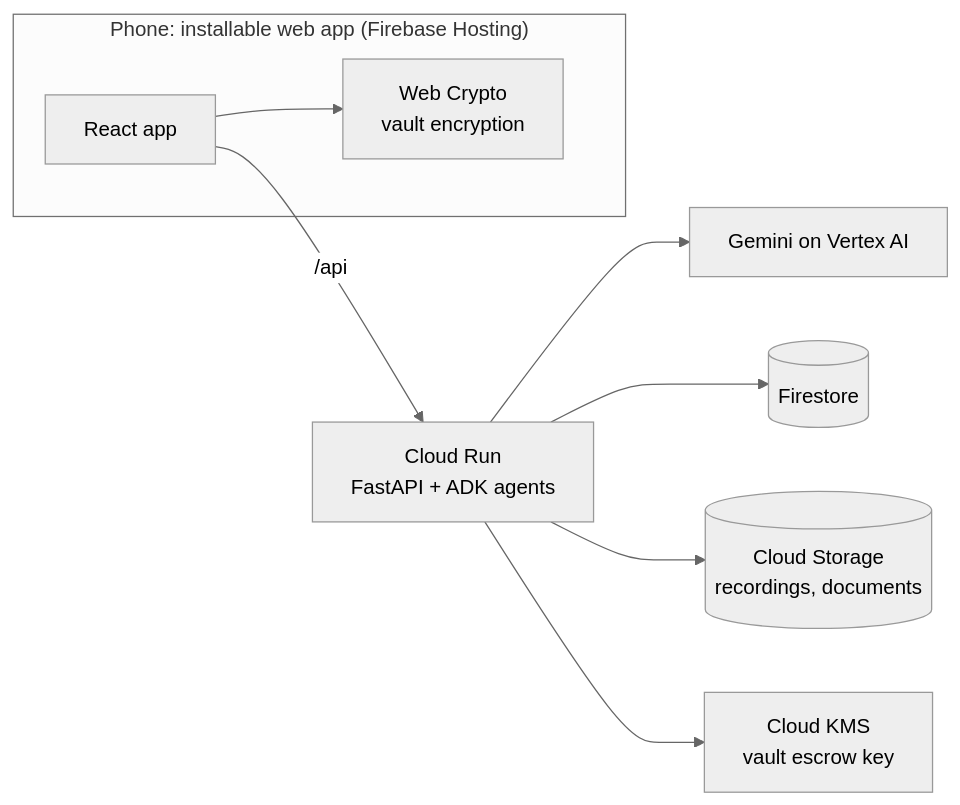
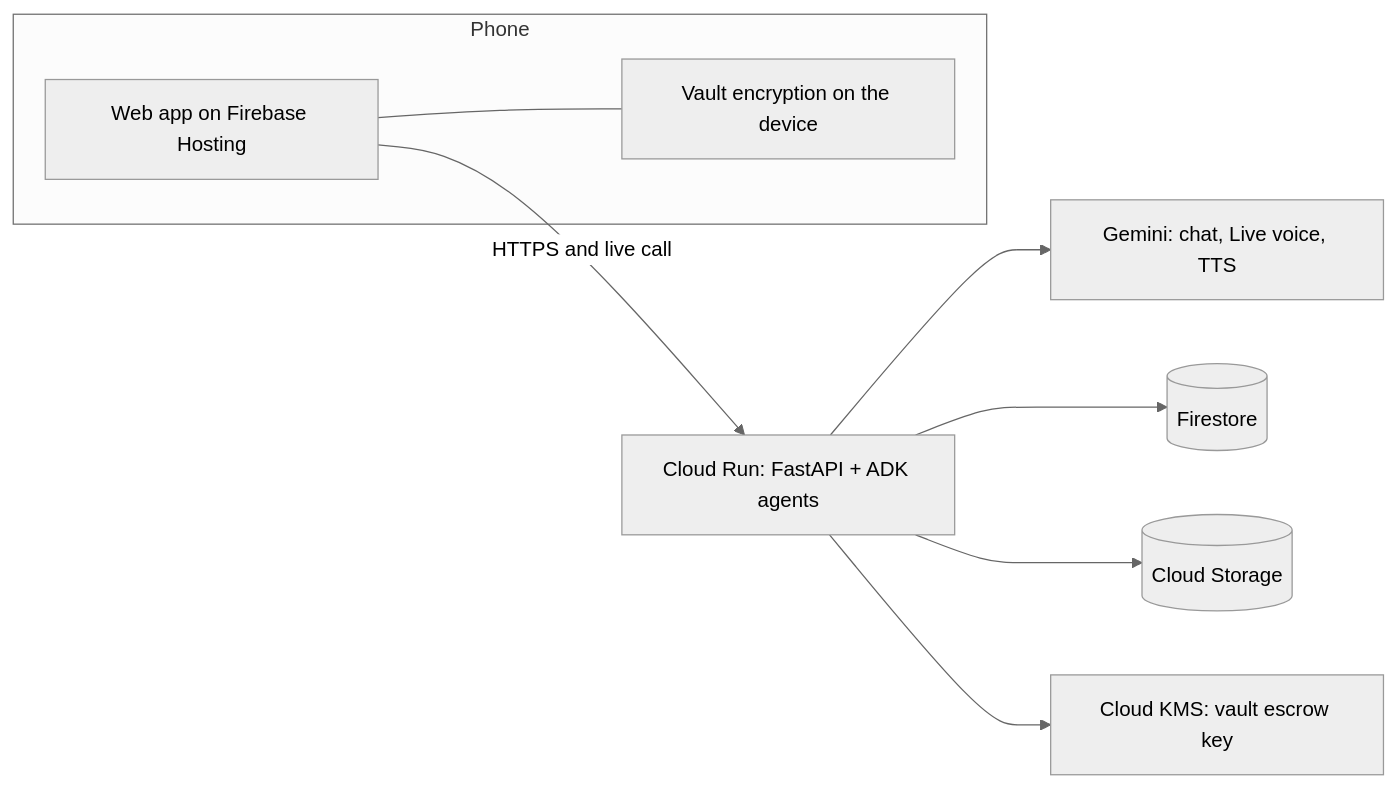
One commit to sachiachar/anvaya changed the diagram in README.md. Above: the diagram before and after it, drawn with Mermaid (neutral theme). The commit also changed other lines of this file and 3 other files, not shown here.

First line of the commit message:
Deploy with GitHub Actions (only what changed); README with logo; fix diagrams

````diff
--- a/README.md
+++ b/README.md
@@ -42,11 +40,13 @@
 ```mermaid
 flowchart LR
-    subgraph Device["Phone: installable web app (Firebase Hosting)"]
-        UI[React app] --> WC[Web Crypto<br/>vault encryption]
+    subgraph phone ["Phone"]
+        app["Web app on Firebase Hosting"]
+        crypto["Vault encryption on the device"]
     end
-    UI -- /api --> CR[Cloud Run<br/>FastAPI + ADK agents]
-    CR --> G[Gemini on Vertex AI]
-    CR --> FS[(Firestore)]
-    CR --> GCS[(Cloud Storage<br/>recordings, documents)]
-    CR --> KMS[Cloud KMS<br/>vault escrow key]
+    app -->|"HTTPS and live call"| api["Cloud Run: FastAPI + ADK agents"]
+    app --- crypto
+    api --> gemini["Gemini: chat, Live voice, TTS"]
+    api --> firestore[("Firestore")]
+    api --> storage[("Cloud Storage")]
+    api --> kms["Cloud KMS: vault escrow key"]
 ```
````
